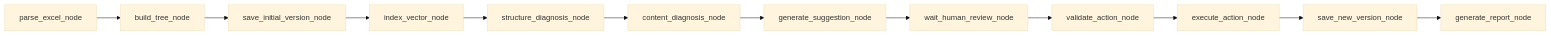
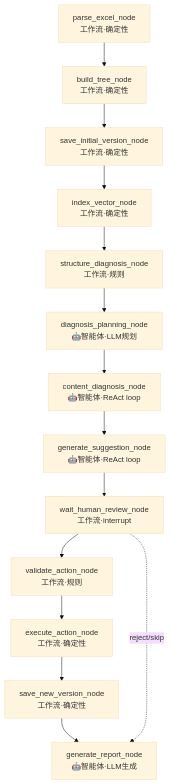
Before and after one commit to nagyan78/SystemMaintenanceAgent: the first of 2 diagrams in dev-doc/10_LangGraph智能体工作流开发设计.md, drawn with Mermaid (base theme). The commit also changed other lines of this file and 35 other files, not shown here.

Commit message:
feat: implement m2 content diagnosis agent

````diff
--- a/dev-doc/10_LangGraph智能体工作流开发设计.md
+++ b/dev-doc/10_LangGraph智能体工作流开发设计.md
@@ -43,14 +58,16 @@
 ```mermaid
-flowchart LR
-    A[parse_excel_node] --> B[build_tree_node]
-    B --> C[save_initial_version_node]
-    C --> D[index_vector_node]
-    D --> E[structure_diagnosis_node]
-    E --> F[content_diagnosis_node]
-    F --> G[generate_suggestion_node]
-    G --> H[wait_human_review_node]
-    H --> I[validate_action_node]
-    I --> J[execute_action_node]
-    J --> K[save_new_version_node]
-    K --> L[generate_report_node]
+flowchart TD
+    A[parse_excel_node<br/>工作流·确定性] --> B[build_tree_node<br/>工作流·确定性]
+    B --> C[save_initial_version_node<br/>工作流·确定性]
+    C --> D[index_vector_node<br/>工作流·确定性]
+    D --> E[structure_diagnosis_node<br/>工作流·规则]
+    E --> P[diagnosis_planning_node<br/>🤖智能体·LLM规划]
+    P --> F[content_diagnosis_node<br/>🤖智能体·ReAct loop]
+    F --> G[generate_suggestion_node<br/>🤖智能体·ReAct loop]
+    G --> H[wait_human_review_node<br/>工作流·interrupt]
+    H --> I[validate_action_node<br/>工作流·规则]
+    I --> J[execute_action_node<br/>工作流·确定性]
+    J --> K[save_new_version_node<br/>工作流·确定性]
+    K --> L[generate_report_node<br/>🤖智能体·LLM生成]
+    H -.->|reject/skip| L
 ```
````
